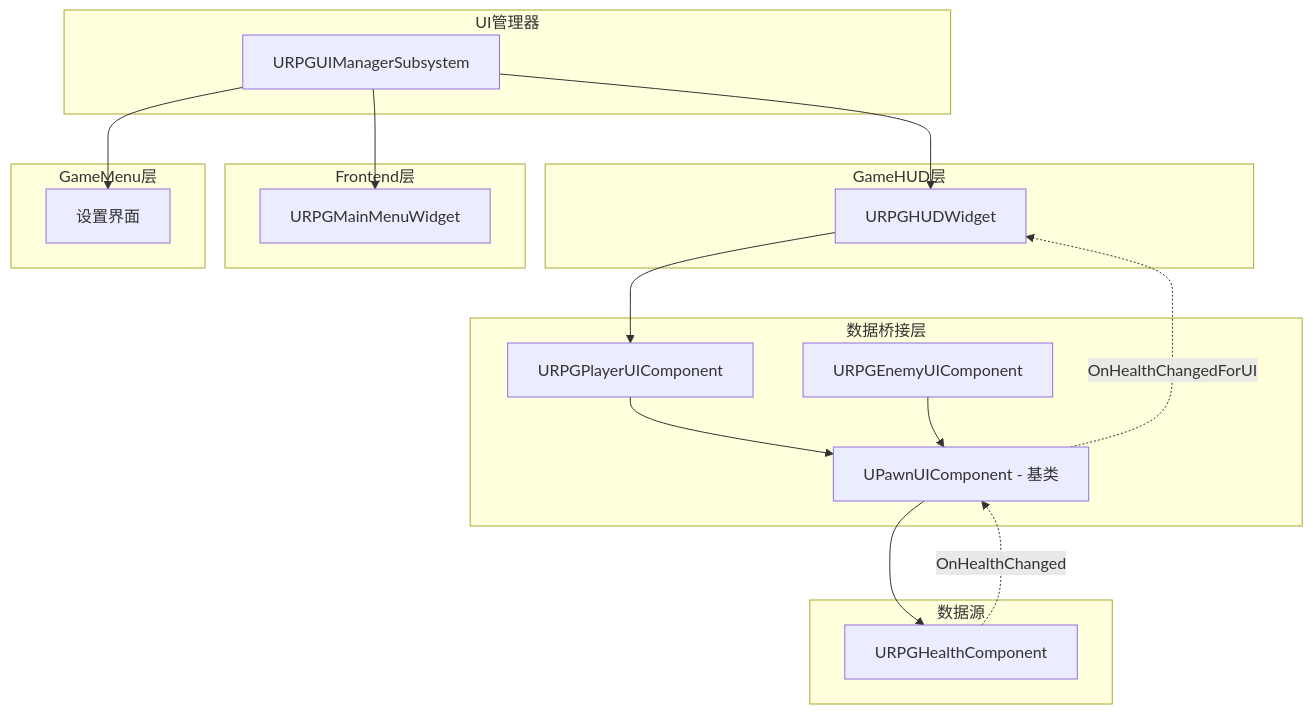
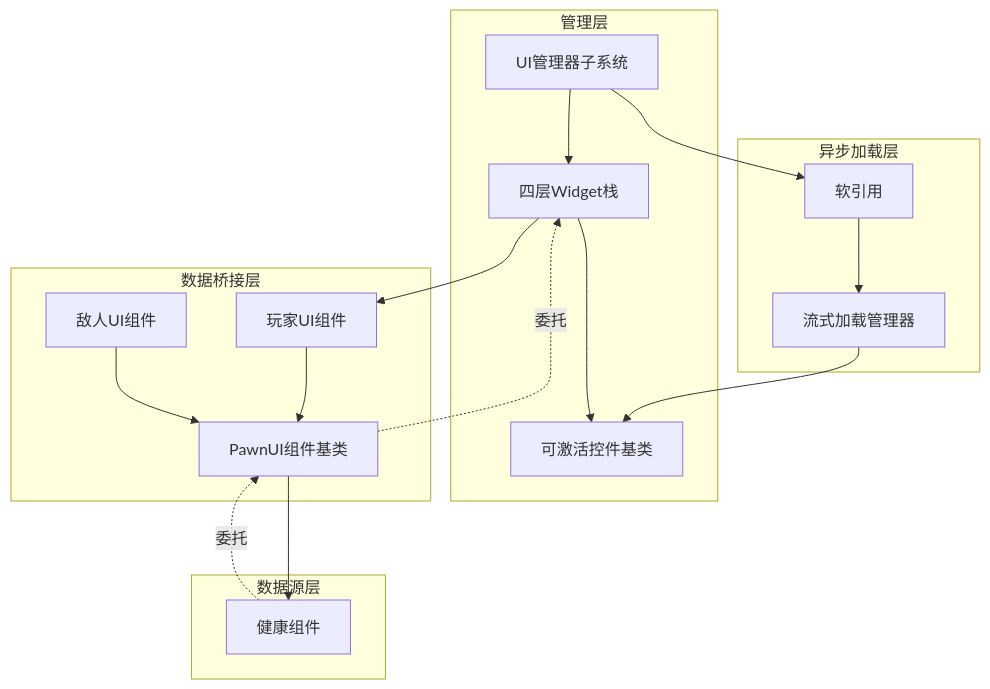
Before and after one commit to ARK31415/RPG: the ninth of 18 diagrams in Source/Docs/SummaryDesign.md, drawn with Mermaid. The commit also changed other lines of this file and 12 other files, not shown here.

````diff
--- a/Source/Docs/SummaryDesign.md
+++ b/Source/Docs/SummaryDesign.md
@@ -422,38 +513,35 @@
 ```mermaid
 graph TB
-    subgraph UI管理器
-        UIS[URPGUIManagerSubsystem]
+    subgraph 管理层
+        UIS[UI管理器子系统]
+        WAB[可激活控件基类]
+        Stacks[四层Widget栈]
     end
     
-    subgraph GameHUD层
-        HUD[URPGHUDWidget]
-    end
-    
-    subgraph Frontend层
-        MM[URPGMainMenuWidget]
-    end
-    
-    subgraph GameMenu层
-        Settings[设置界面]
+    subgraph 异步加载层
+        SoftRef[软引用]
+        Stream[流式加载管理器]
     end
     
     subgraph 数据桥接层
-        PUIBase[UPawnUIComponent - 基类]
-        PUI[URPGPlayerUIComponent]
-        EUI[URPGEnemyUIComponent]
+        PUIBase[PawnUI组件基类]
+        PUI[玩家UI组件]
+        EUI[敌人UI组件]
     end
     
-    subgraph 数据源
-        HC[URPGHealthComponent]
+    subgraph 数据源层
+        HC[健康组件]
     end
     
-    UIS --> HUD
-    UIS --> MM
-    UIS --> Settings
-    HUD --> PUI
+    UIS --> Stacks
+    UIS --> SoftRef
+    SoftRef --> Stream
+    Stream --> WAB
+    Stacks --> WAB
+    Stacks --> PUI
     PUI --> PUIBase
     EUI --> PUIBase
     PUIBase --> HC
-    HC -.OnHealthChanged.-> PUIBase
-    PUIBase -.OnHealthChangedForUI.-> HUD
+    HC -.委托.-> PUIBase
+    PUIBase -.委托.-> Stacks
 ```
````
